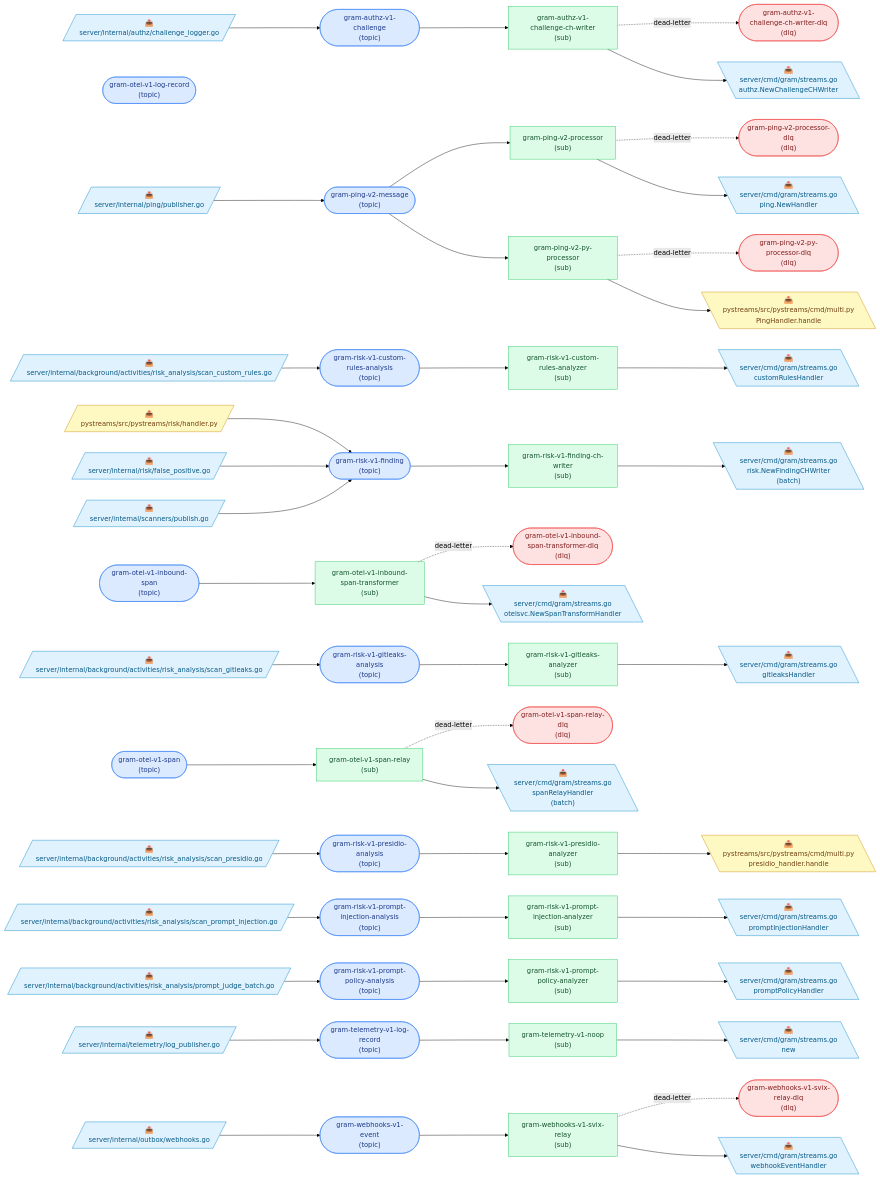
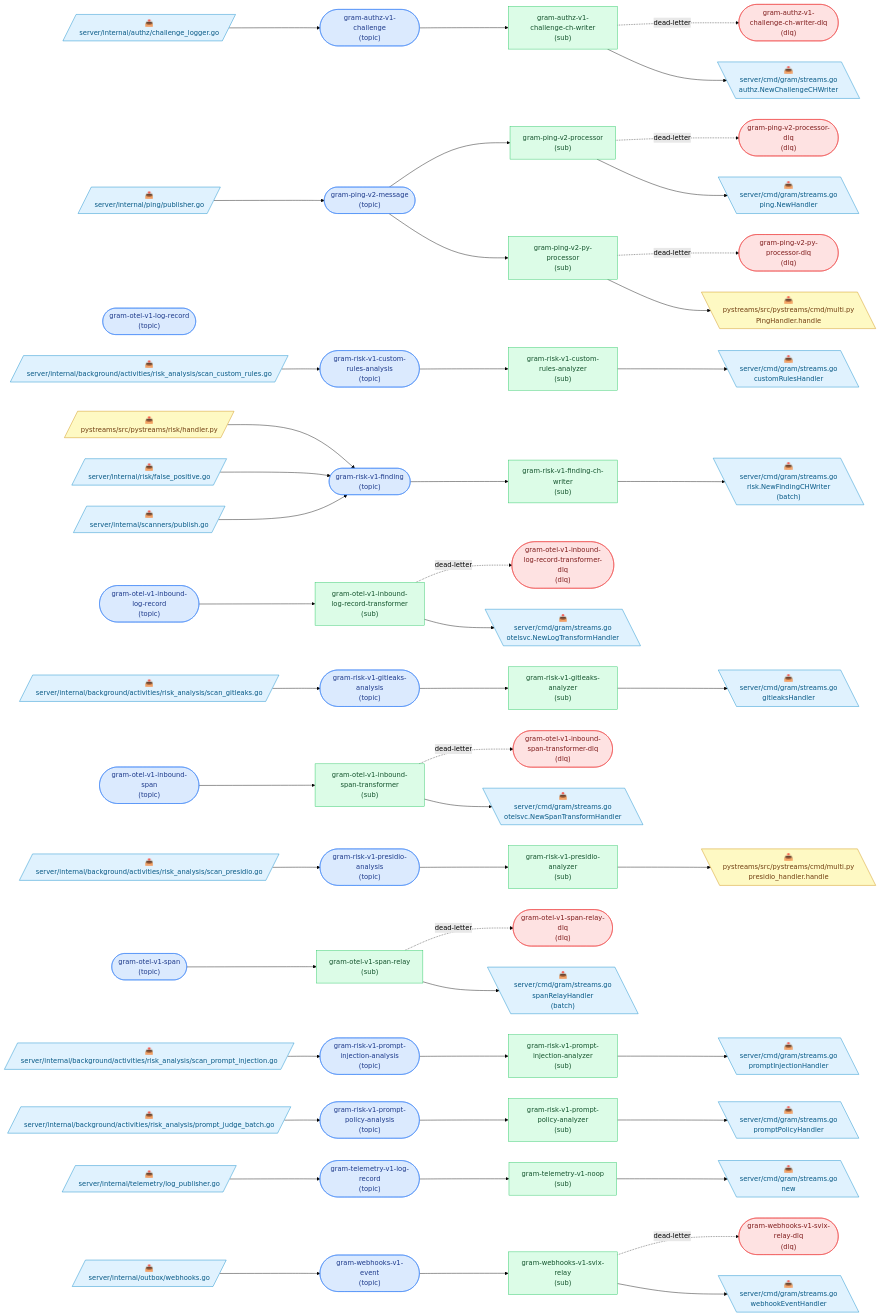
Before and after one commit to speakeasy-api/gram: the diagram in docs/pubsub-topology.md, drawn with Mermaid (forest theme). The commit also changed other lines of this file and 65 other files, not shown here.

````diff
--- a/docs/pubsub-topology.md
+++ b/docs/pubsub-topology.md
@@ -17,6 +17,8 @@
 
   t_gram_authz_v1_challenge(["gram-authz-v1-challenge<br/>(topic)"]):::topic
   t_gram_authz_v1_challenge_ch_writer_dlq(["gram-authz-v1-challenge-ch-writer-dlq<br/>(dlq)"]):::dlq
+  t_gram_otel_v1_inbound_log_record(["gram-otel-v1-inbound-log-record<br/>(topic)"]):::topic
+  t_gram_otel_v1_inbound_log_record_transformer_dlq(["gram-otel-v1-inbound-log-record-transformer-dlq<br/>(dlq)"]):::dlq
   t_gram_otel_v1_inbound_span(["gram-otel-v1-inbound-span<br/>(topic)"]):::topic
   t_gram_otel_v1_inbound_span_transformer_dlq(["gram-otel-v1-inbound-span-transformer-dlq<br/>(dlq)"]):::dlq
   t_gram_otel_v1_log_record(["gram-otel-v1-log-record<br/>(topic)"]):::topic
@@ -35,6 +37,7 @@
   t_gram_webhooks_v1_event(["gram-webhooks-v1-event<br/>(topic)"]):::topic
   t_gram_webhooks_v1_svix_relay_dlq(["gram-webhooks-v1-svix-relay-dlq<br/>(dlq)"]):::dlq
   s_gram_authz_v1_challenge_ch_writer["gram-authz-v1-challenge-ch-writer<br/>(sub)"]:::sub
+  s_gram_otel_v1_inbound_log_record_transformer["gram-otel-v1-inbound-log-record-transformer<br/>(sub)"]:::sub
   s_gram_otel_v1_inbound_span_transformer["gram-otel-v1-inbound-span-transformer<br/>(sub)"]:::sub
   s_gram_otel_v1_span_relay["gram-otel-v1-span-relay<br/>(sub)"]:::sub
   s_gram_ping_v2_processor["gram-ping-v2-processor<br/>(sub)"]:::sub
@@ -74,6 +77,8 @@
   p11 --> t_gram_webhooks_v1_event
   t_gram_authz_v1_challenge --> s_gram_authz_v1_challenge_ch_writer
   s_gram_authz_v1_challenge_ch_writer -. dead-letter .-> t_gram_authz_v1_challenge_ch_writer_dlq
+  t_gram_otel_v1_inbound_log_record --> s_gram_otel_v1_inbound_log_record_transformer
+  s_gram_otel_v1_inbound_log_record_transformer -. dead-letter .-> t_gram_otel_v1_inbound_log_record_transformer_dlq
   t_gram_otel_v1_inbound_span --> s_gram_otel_v1_inbound_span_transformer
   s_gram_otel_v1_inbound_span_transformer -. dead-letter .-> t_gram_otel_v1_inbound_span_transformer_dlq
   t_gram_otel_v1_span --> s_gram_otel_v1_span_relay
@@ -93,28 +98,30 @@
   s_gram_webhooks_v1_svix_relay -. dead-letter .-> t_gram_webhooks_v1_svix_relay_dlq
   c12[\"📥<br/>server/cmd/gram/streams.go<br/>authz.NewChallengeCHWriter"\]:::go
   s_gram_authz_v1_challenge_ch_writer --> c12
-  c13[\"📥<br/>server/cmd/gram/streams.go<br/>otelsvc.NewSpanTransformHandler"\]:::go
-  s_gram_otel_v1_inbound_span_transformer --> c13
-  c14[\"📥<br/>server/cmd/gram/streams.go<br/>spanRelayHandler<br/>(batch)"\]:::go
-  s_gram_otel_v1_span_relay --> c14
-  c15[\"📥<br/>server/cmd/gram/streams.go<br/>ping.NewHandler"\]:::go
-  s_gram_ping_v2_processor --> c15
-  c16[\"📥<br/>pystreams/src/pystreams/cmd/multi.py<br/>PingHandler.handle"\]:::python
-  s_gram_ping_v2_py_processor --> c16
-  c17[\"📥<br/>server/cmd/gram/streams.go<br/>customRulesHandler"\]:::go
-  s_gram_risk_v1_custom_rules_analyzer --> c17
-  c18[\"📥<br/>server/cmd/gram/streams.go<br/>risk.NewFindingCHWriter<br/>(batch)"\]:::go
-  s_gram_risk_v1_finding_ch_writer --> c18
-  c19[\"📥<br/>server/cmd/gram/streams.go<br/>gitleaksHandler"\]:::go
-  s_gram_risk_v1_gitleaks_analyzer --> c19
-  c20[\"📥<br/>pystreams/src/pystreams/cmd/multi.py<br/>presidio_handler.handle"\]:::python
-  s_gram_risk_v1_presidio_analyzer --> c20
-  c21[\"📥<br/>server/cmd/gram/streams.go<br/>promptInjectionHandler"\]:::go
-  s_gram_risk_v1_prompt_injection_analyzer --> c21
-  c22[\"📥<br/>server/cmd/gram/streams.go<br/>promptPolicyHandler"\]:::go
-  s_gram_risk_v1_prompt_policy_analyzer --> c22
-  c23[\"📥<br/>server/cmd/gram/streams.go<br/>new"\]:::go
-  s_gram_telemetry_v1_noop --> c23
-  c24[\"📥<br/>server/cmd/gram/streams.go<br/>webhookEventHandler"\]:::go
-  s_gram_webhooks_v1_svix_relay --> c24
+  c13[\"📥<br/>server/cmd/gram/streams.go<br/>otelsvc.NewLogTransformHandler"\]:::go
+  s_gram_otel_v1_inbound_log_record_transformer --> c13
+  c14[\"📥<br/>server/cmd/gram/streams.go<br/>otelsvc.NewSpanTransformHandler"\]:::go
+  s_gram_otel_v1_inbound_span_transformer --> c14
+  c15[\"📥<br/>server/cmd/gram/streams.go<br/>spanRelayHandler<br/>(batch)"\]:::go
+  s_gram_otel_v1_span_relay --> c15
+  c16[\"📥<br/>server/cmd/gram/streams.go<br/>ping.NewHandler"\]:::go
+  s_gram_ping_v2_processor --> c16
+  c17[\"📥<br/>pystreams/src/pystreams/cmd/multi.py<br/>PingHandler.handle"\]:::python
+  s_gram_ping_v2_py_processor --> c17
+  c18[\"📥<br/>server/cmd/gram/streams.go<br/>customRulesHandler"\]:::go
+  s_gram_risk_v1_custom_rules_analyzer --> c18
+  c19[\"📥<br/>server/cmd/gram/streams.go<br/>risk.NewFindingCHWriter<br/>(batch)"\]:::go
+  s_gram_risk_v1_finding_ch_writer --> c19
+  c20[\"📥<br/>server/cmd/gram/streams.go<br/>gitleaksHandler"\]:::go
+  s_gram_risk_v1_gitleaks_analyzer --> c20
+  c21[\"📥<br/>pystreams/src/pystreams/cmd/multi.py<br/>presidio_handler.handle"\]:::python
+  s_gram_risk_v1_presidio_analyzer --> c21
+  c22[\"📥<br/>server/cmd/gram/streams.go<br/>promptInjectionHandler"\]:::go
+  s_gram_risk_v1_prompt_injection_analyzer --> c22
+  c23[\"📥<br/>server/cmd/gram/streams.go<br/>promptPolicyHandler"\]:::go
+  s_gram_risk_v1_prompt_policy_analyzer --> c23
+  c24[\"📥<br/>server/cmd/gram/streams.go<br/>new"\]:::go
+  s_gram_telemetry_v1_noop --> c24
+  c25[\"📥<br/>server/cmd/gram/streams.go<br/>webhookEventHandler"\]:::go
+  s_gram_webhooks_v1_svix_relay --> c25
 ```
````
